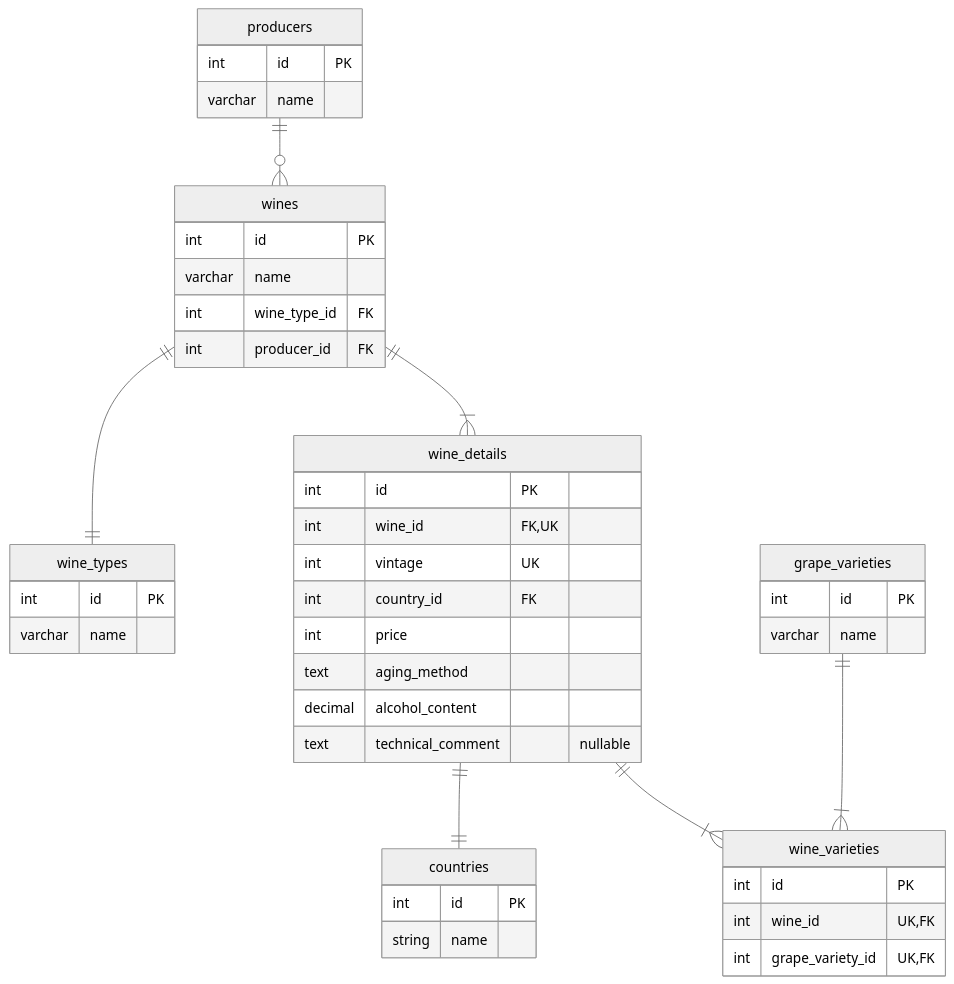
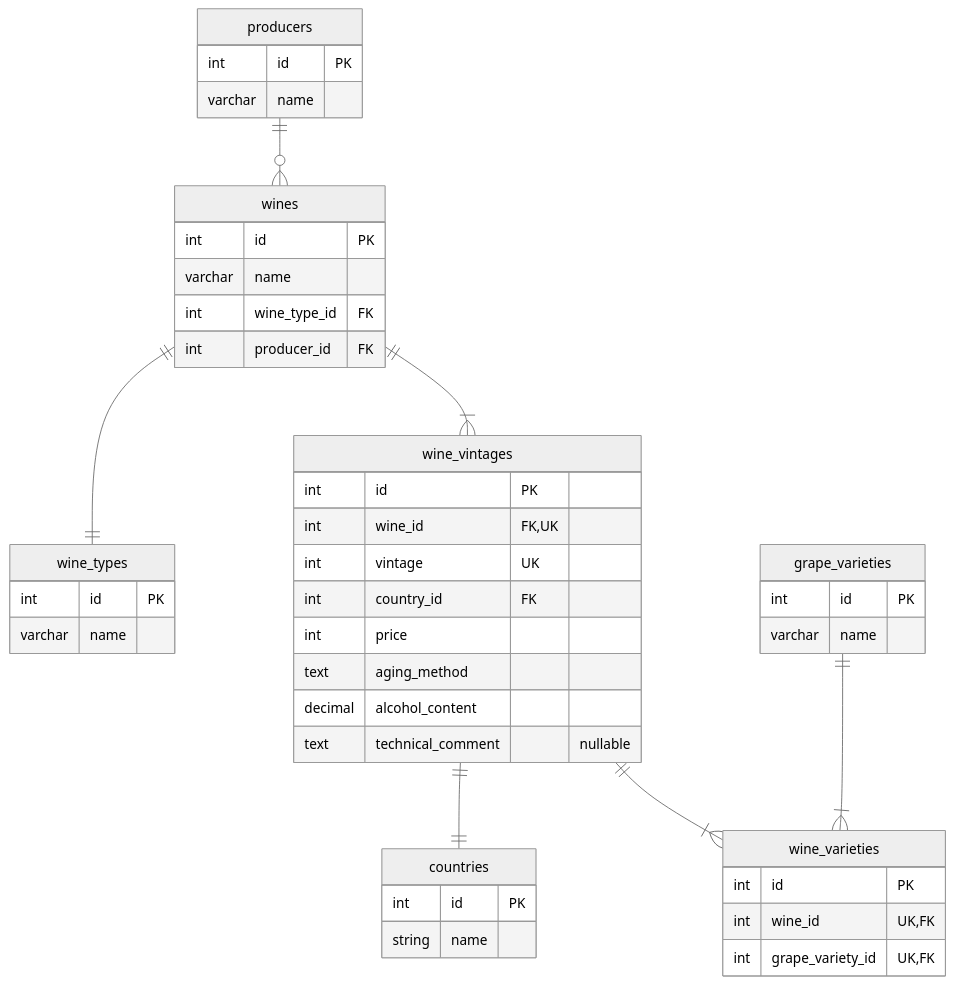
One commit to cork03/tastingNote changed the diagram in api/architecture/er.md. Above: the diagram before and after it, drawn with Mermaid (neutral theme). The commit also changed 30 other files, not shown here.

````diff
--- a/api/architecture/er.md
+++ b/api/architecture/er.md
@@ -1,54 +1,54 @@
 ```mermaid
 erDiagram
     producers {
         int id PK
         varchar name
     }
     
     wines {
         int id PK
         varchar name
         int wine_type_id FK
         int producer_id FK
     }
     
     wine_types {
         int id PK
         varchar name
     }
     
-    wine_details {
+    wine_vintages {
         int id PK
         int wine_id FK,UK
         int vintage UK
         int country_id FK
         int price
         text aging_method
         decimal alcohol_content
         text technical_comment "nullable"
     }
     
     countries {
         int id PK
         string name
     }
     
     wine_varieties {
         int id PK
         int wine_id UK,FK
         int grape_variety_id UK,FK
     }
     
     grape_varieties {
         int id PK
         varchar name
     }
     
     
     producers ||--o{ wines : ""
-    wines ||--|{ wine_details : ""
-    wine_details ||--|| countries : ""
-    wine_details ||--|{ wine_varieties : ""
+    wines ||--|{ wine_vintages : ""
+    wine_vintages ||--|| countries : ""
+    wine_vintages ||--|{ wine_varieties : ""
     grape_varieties ||--|{ wine_varieties : ""
     wines ||--|| wine_types : ""
 ```
````
